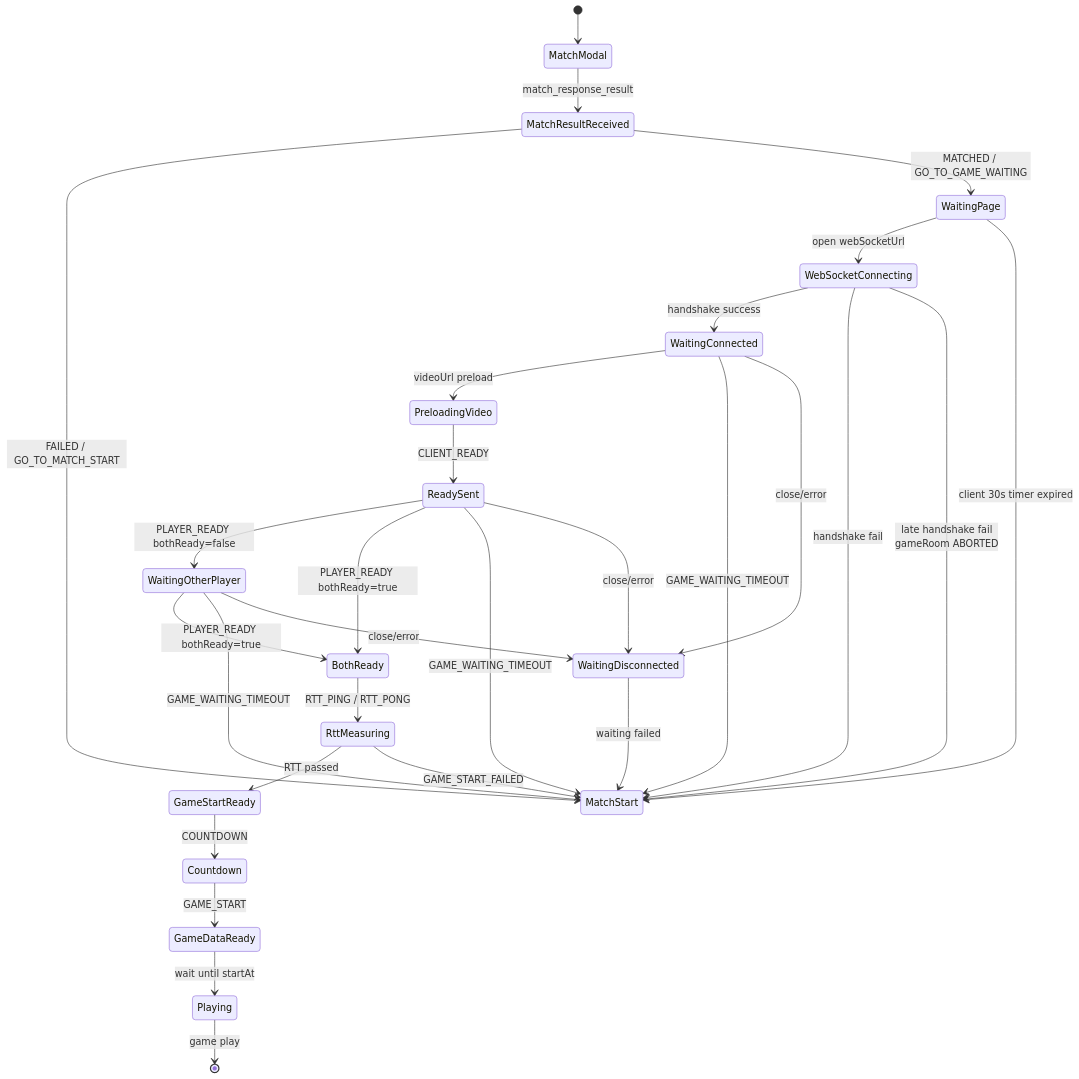
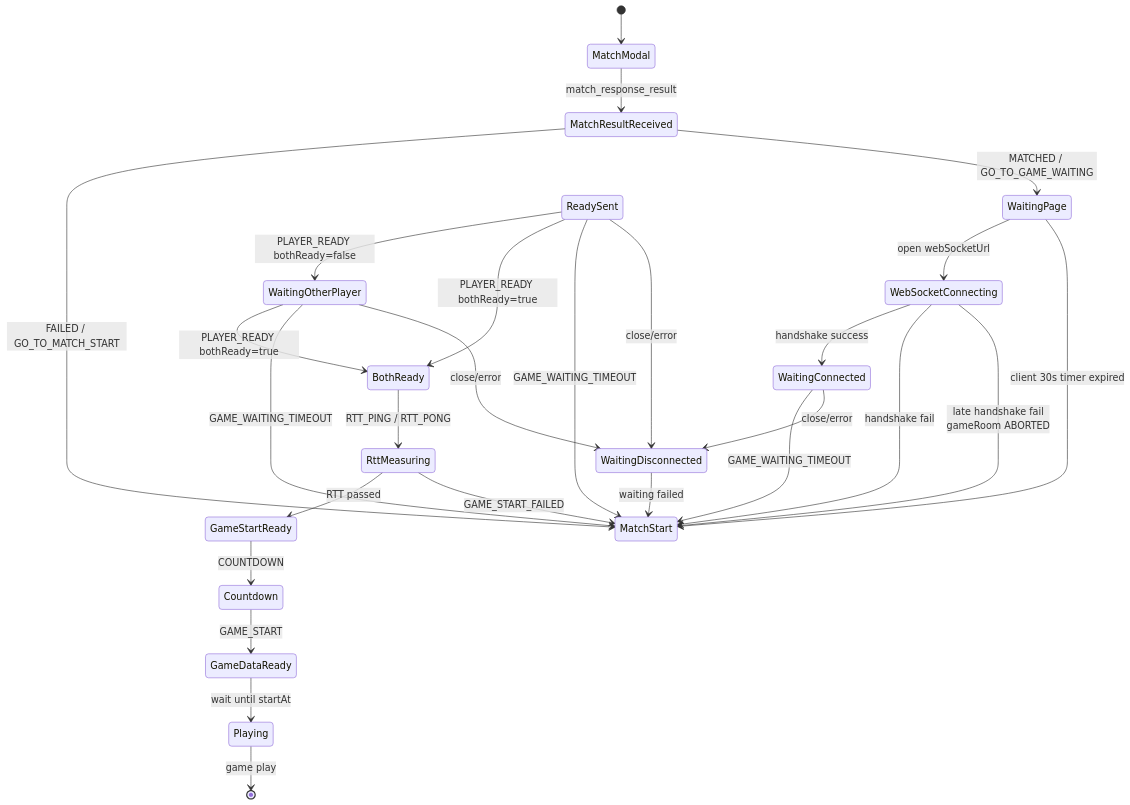
Before and after one commit to moonwhistle/League-of-Star: diagram 11 of 11 in docs/project/websocket client.md, drawn with Mermaid. The commit also changed other lines of this file and 47 other files, not shown here.

````diff
--- a/docs/project/websocket client.md
+++ b/docs/project/websocket client.md
@@ -635,31 +624,29 @@
 ```mermaid
 stateDiagram-v2
     [*] --> MatchModal
     MatchModal --> MatchResultReceived: match_response_result
     MatchResultReceived --> MatchStart: FAILED / GO_TO_MATCH_START
     MatchResultReceived --> WaitingPage: MATCHED / GO_TO_GAME_WAITING
     WaitingPage --> WebSocketConnecting: open webSocketUrl
     WebSocketConnecting --> WaitingConnected: handshake success
     WebSocketConnecting --> MatchStart: handshake fail
-    WaitingConnected --> PreloadingVideo: videoUrl preload
-    PreloadingVideo --> ReadySent: CLIENT_READY
     ReadySent --> WaitingOtherPlayer: PLAYER_READY bothReady=false
     ReadySent --> BothReady: PLAYER_READY bothReady=true
     WaitingOtherPlayer --> BothReady: PLAYER_READY bothReady=true
     BothReady --> RttMeasuring: RTT_PING / RTT_PONG
     RttMeasuring --> GameStartReady: RTT passed
     RttMeasuring --> MatchStart: GAME_START_FAILED
     GameStartReady --> Countdown: COUNTDOWN
     Countdown --> GameDataReady: GAME_START
     GameDataReady --> Playing: wait until startAt
     WebSocketConnecting --> MatchStart: late handshake fail<br/>gameRoom ABORTED
     WaitingPage --> MatchStart: client 30s timer expired
     WaitingConnected --> MatchStart: GAME_WAITING_TIMEOUT
     ReadySent --> MatchStart: GAME_WAITING_TIMEOUT
     WaitingOtherPlayer --> MatchStart: GAME_WAITING_TIMEOUT
     WaitingConnected --> WaitingDisconnected: close/error
     ReadySent --> WaitingDisconnected: close/error
     WaitingOtherPlayer --> WaitingDisconnected: close/error
     WaitingDisconnected --> MatchStart: waiting failed
     Playing --> [*]: game play
 ```
````
